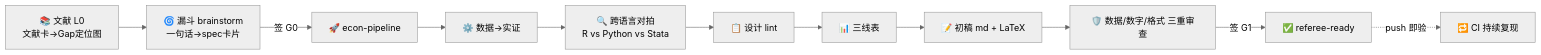
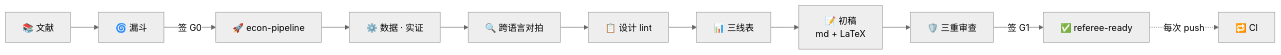
Before and after one commit to ljftwq-dev/EconWorkbench: the diagram in README_CN.md, drawn with Mermaid (neutral theme). The commit also changed 1 other file, not shown here.

Commit message:
fix readme: mermaid node labels must use <br/> not \n (GitHub render fails), shortened labels so the rendered chart stays readable

````diff
--- a/README_CN.md
+++ b/README_CN.md
@@ -12,13 +12,13 @@
 ```mermaid
 flowchart LR
-    A[📚 文献 L0\n文献卡→Gap定位图] --> B[🌀 漏斗 brainstorm\n一句话→spec卡片]
-    B -->|签 G0| C[🚀 econ-pipeline]
-    C --> D[⚙️ 数据→实证]
-    D --> E[🔍 跨语言对拍\nR vs Python vs Stata]
-    E --> F[📋 设计 lint]
-    F --> G[📊 三线表]
-    G --> H[📝 初稿 md + LaTeX]
-    H --> I[🛡️ 数据/数字/格式 三重审查]
-    I -->|签 G1| J[✅ referee-ready]
-    J -.->|push 即验| K[🔁 CI 持续复现]
+    A["📚 文献"] --> B["🌀 漏斗"]
+    B -->|"签 G0"| C["🚀 econ-pipeline"]
+    C --> D["⚙️ 数据 · 实证"]
+    D --> E["🔍 跨语言对拍"]
+    E --> F["📋 设计 lint"]
+    F --> G["📊 三线表"]
+    G --> H["📝 初稿<br/>md + LaTeX"]
+    H --> I["🛡️ 三重审查"]
+    I -->|"签 G1"| J["✅ referee-ready"]
+    J -.->|"每次 push"| K["🔁 CI"]
 ```
````
